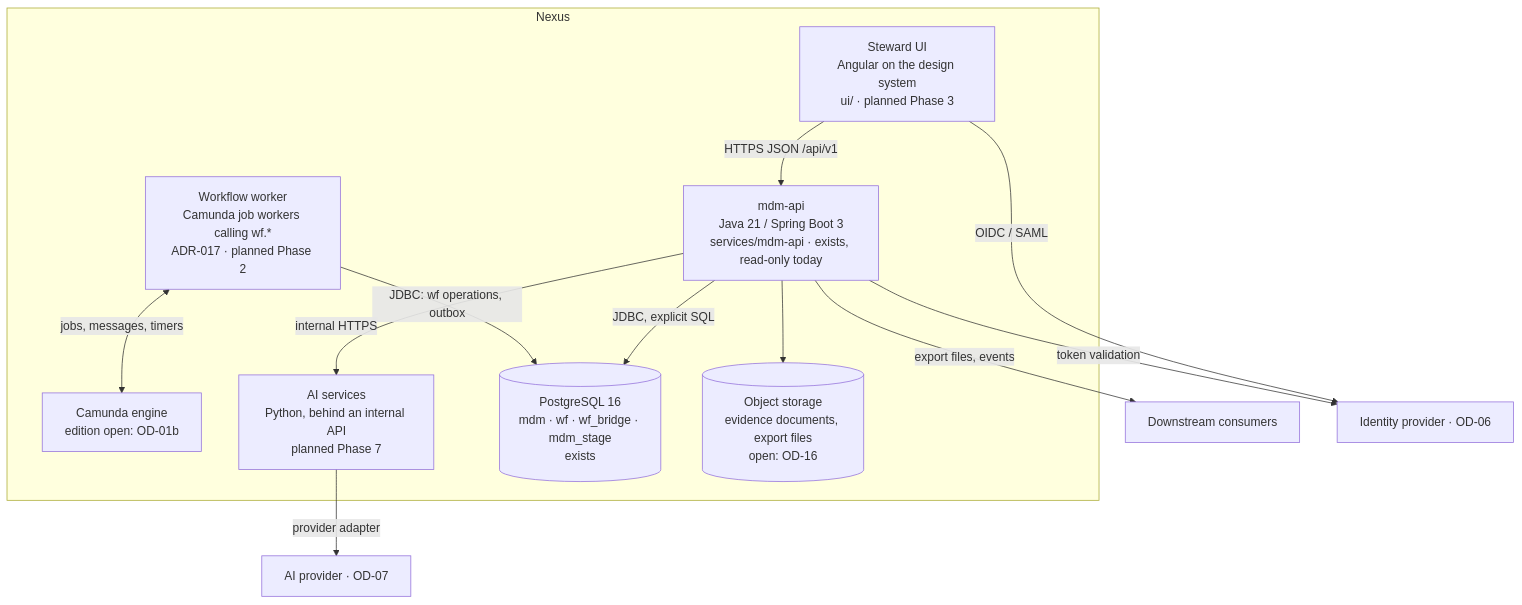
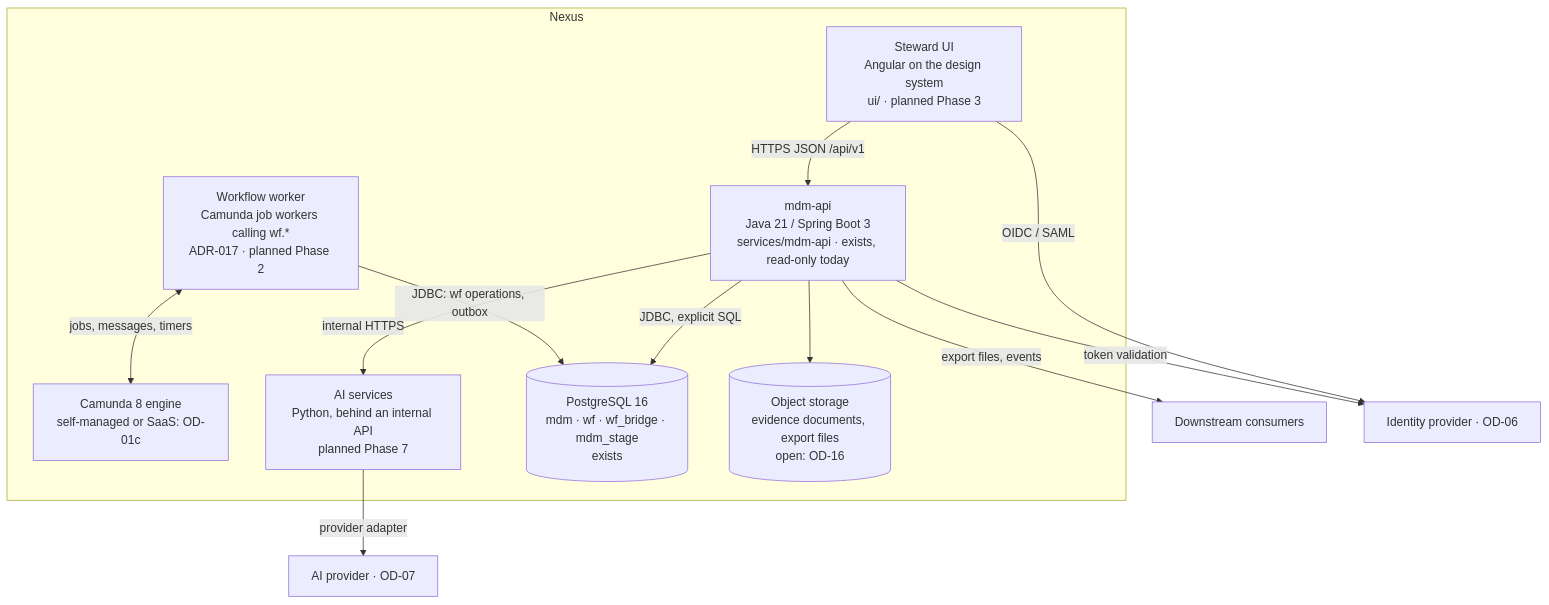
The second of 5 diagrams in docs/architecture/overview.md (POCoder7/Nexus), drawn with Mermaid before and after one commit. The commit also changed other lines of this file and 16 other files, not shown here.

````diff
--- a/docs/architecture/overview.md
+++ b/docs/architecture/overview.md
@@ -67,22 +67,22 @@
 ```mermaid
 flowchart TB
   subgraph nexus[Nexus]
     ui[Steward UI<br/>Angular on the design system<br/>ui/ · planned Phase 3]
     api[mdm-api<br/>Java 21 / Spring Boot 3<br/>services/mdm-api · exists, read-only today]
     worker[Workflow worker<br/>Camunda job workers calling wf.*<br/>ADR-017 · planned Phase 2]
-    camunda[Camunda engine<br/>edition open: OD-01b]
+    camunda[Camunda 8 engine<br/>self-managed or SaaS: OD-01c]
     aisvc[AI services<br/>Python, behind an internal API<br/>planned Phase 7]
     db[(PostgreSQL 16<br/>mdm · wf · wf_bridge · mdm_stage<br/>exists)]
     obj[(Object storage<br/>evidence documents, export files<br/>open: OD-16)]
   end
   ui -->|HTTPS JSON /api/v1| api
   api -->|JDBC, explicit SQL| db
   worker -->|JDBC: wf operations, outbox| db
   worker <-->|jobs, messages, timers| camunda
   api -->|internal HTTPS| aisvc
   aisvc -->|provider adapter| ext_ai[AI provider · OD-07]
   api --> obj
   api -->|export files, events| down[Downstream consumers]
   ui -->|OIDC / SAML| idp[Identity provider · OD-06]
   api -->|token validation| idp
 ```
````
